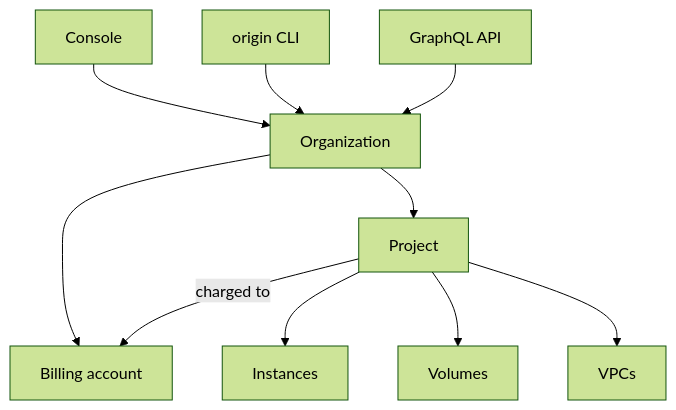
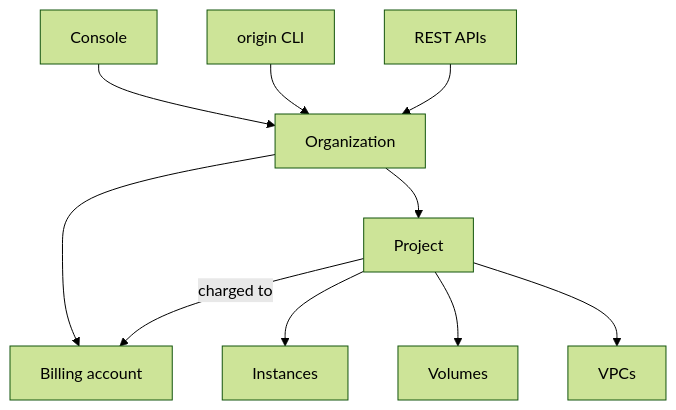
The diagram in docs/platform/index.md (origincloudhq/docs), drawn with Mermaid (forest theme) before and after one commit. The commit also changed other lines of this file and 100 other files, not shown here.

````diff
--- a/docs/platform/index.md
+++ b/docs/platform/index.md
@@ -19,14 +19,14 @@
 ```mermaid
 flowchart TD
   accTitle: Organizations, projects and resources
-  accDescr: You reach Origin Cloud through the console, the origin CLI or the GraphQL API. An organization holds projects and billing accounts. Each project holds its resources, such as instances, volumes and VPCs, and is charged to one billing account.
+  accDescr: You reach Origin Cloud through the console, the origin CLI or the REST APIs. An organization holds projects and billing accounts. Each project holds its resources, such as instances, volumes and VPCs, and is charged to one billing account.
   console[Console] --> org[Organization]
   cli[origin CLI] --> org
-  api[GraphQL API] --> org
+  api[REST APIs] --> org
   org --> proj[Project]
   org --> ba[Billing account]
   proj -->|charged to| ba
   proj --> inst[Instances]
   proj --> vol[Volumes]
   proj --> vpc[VPCs]
 ```
````
